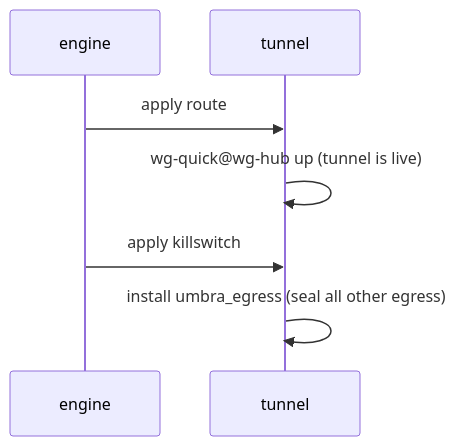
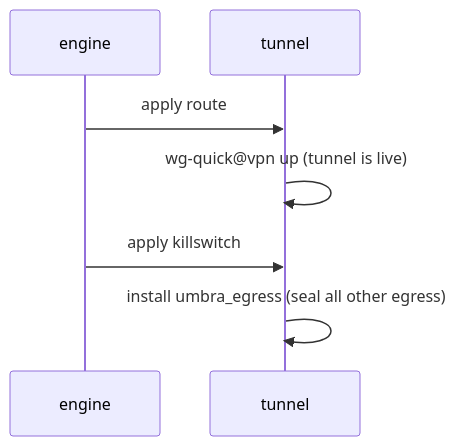
The third of 4 diagrams in docs/phases/PHASE-2.md (ForrestLasiter/umbra), drawn with Mermaid before and after one commit. The commit also changed other lines of this file and 6 other files, not shown here.

````diff
--- a/docs/phases/PHASE-2.md
+++ b/docs/phases/PHASE-2.md
@@ -94,9 +96,9 @@
 ```mermaid
 sequenceDiagram
     participant E as engine
     participant T as tunnel
     E->>T: apply route
-    T->>T: wg-quick@wg-hub up (tunnel is live)
+    T->>T: wg-quick@vpn up (tunnel is live)
     E->>T: apply killswitch
     T->>T: install umbra_egress (seal all other egress)
 ```
````
